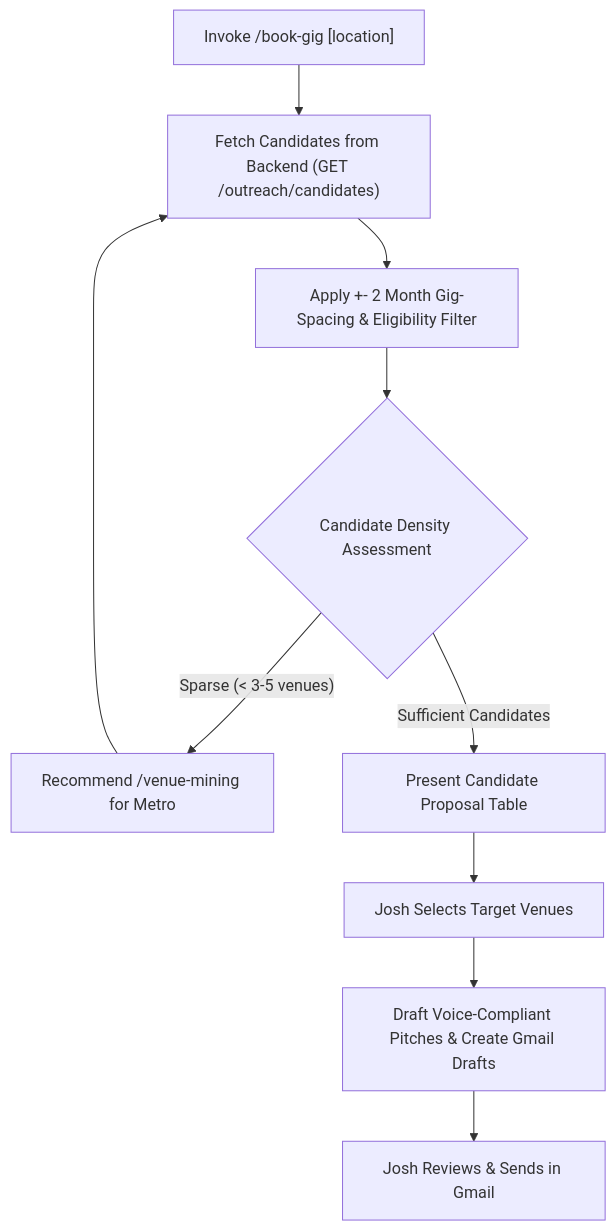
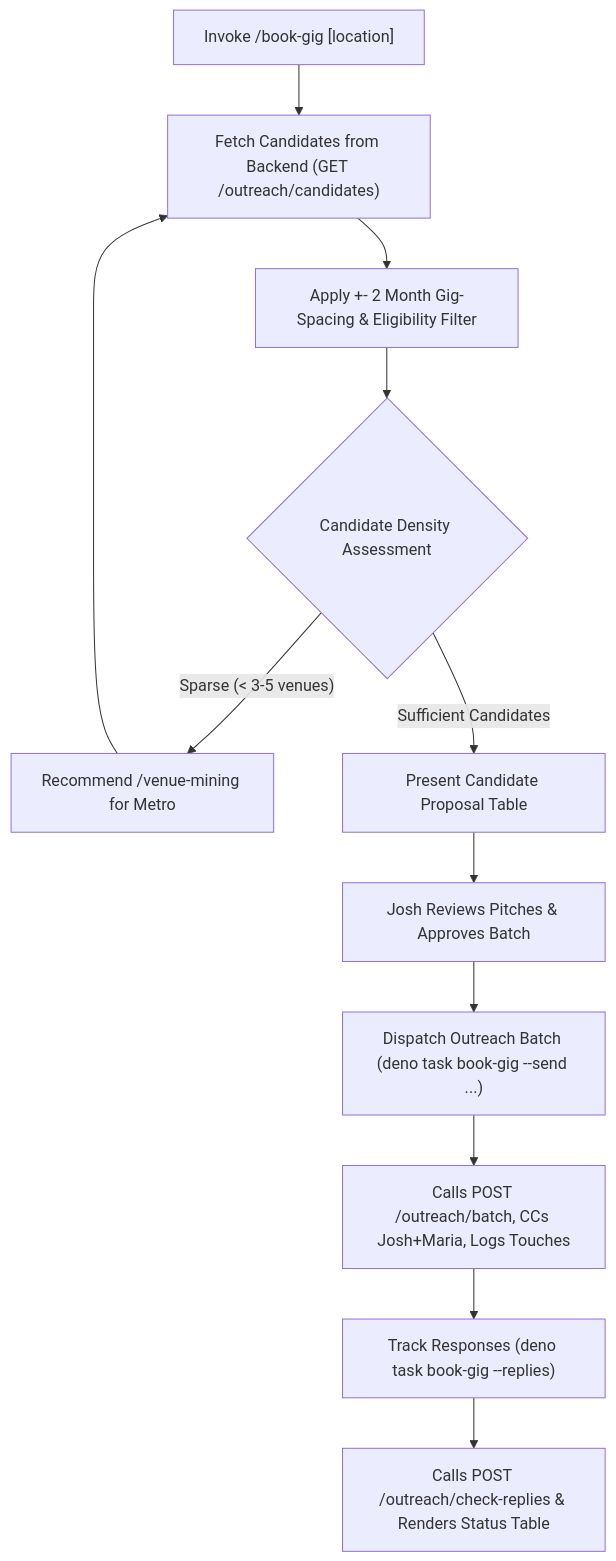
The diagram in skills/book-gig/SKILL.md (WebJamApps/web-jam-tools), drawn with Mermaid before and after one commit. The commit also changed other lines of this file and 9 other files, not shown here.

Commit message:
feat(book-gig): add --send and --replies flags for batch outreach and response tracking

````diff
--- a/skills/book-gig/SKILL.md
+++ b/skills/book-gig/SKILL.md
@@ -22,12 +25,14 @@
 ```mermaid
 graph TD
     A["Invoke /book-gig <weekend> [location]"] --> B["Fetch Candidates from Backend (GET /outreach/candidates)"]
     B --> C["Apply +- 2 Month Gig-Spacing & Eligibility Filter"]
     C --> D{"Candidate Density Assessment"}
     D -- "Sparse (< 3-5 venues)" --> E["Recommend /venue-mining for Metro"]
     E --> B
     D -- "Sufficient Candidates" --> F["Present Candidate Proposal Table"]
-    F --> G["Josh Selects Target Venues"]
-    G --> H["Draft Voice-Compliant Pitches & Create Gmail Drafts"]
-    H --> I["Josh Reviews & Sends in Gmail"]
+    F --> G["Josh Reviews Pitches & Approves Batch"]
+    G --> H["Dispatch Outreach Batch (deno task book-gig --send ...)"]
+    H --> I["Calls POST /outreach/batch, CCs Josh+Maria, Logs Touches"]
+    I --> J["Track Responses (deno task book-gig --replies)"]
+    J --> K["Calls POST /outreach/check-replies & Renders Status Table"]
 ```
````
